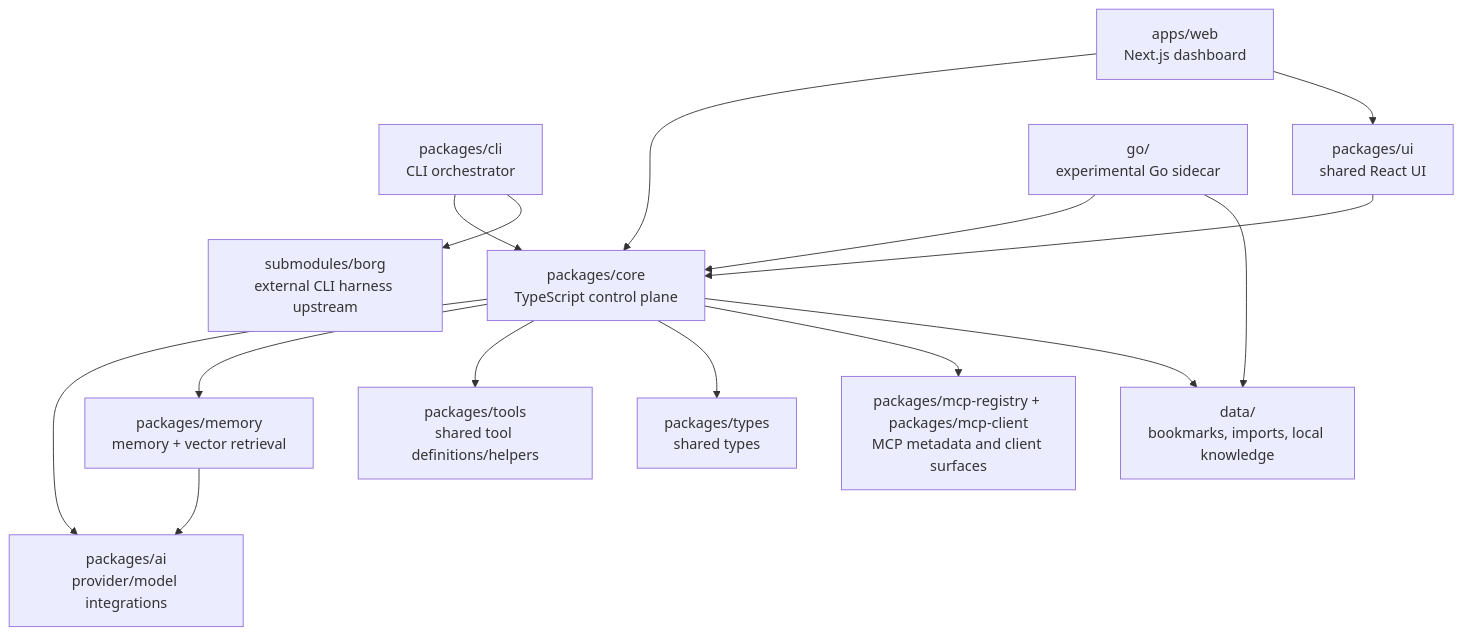
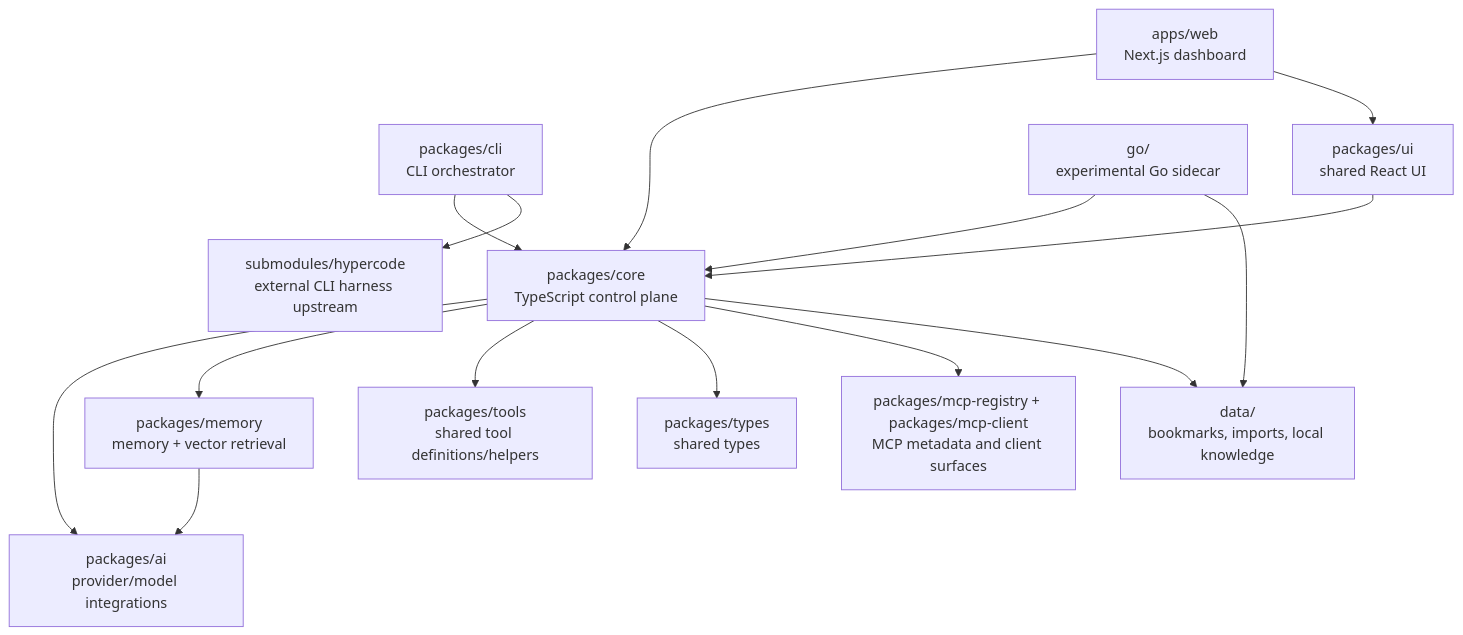
Before and after one commit to XENOCIDE-MDMAtk/TormentNexus: the first of 7 diagrams in docs/PROJECT_STRUCTURE.md, drawn with Mermaid. The commit also changed other lines of this file and 1347 other files, not shown here.

````diff
--- a/docs/PROJECT_STRUCTURE.md
+++ b/docs/PROJECT_STRUCTURE.md
@@ -68,31 +68,31 @@
 ```mermaid
 flowchart TD
     CLI["packages/cli\nCLI orchestrator"]
     WEB["apps/web\nNext.js dashboard"]
     UI["packages/ui\nshared React UI"]
     CORE["packages/core\nTypeScript control plane"]
     AI["packages/ai\nprovider/model integrations"]
     MEMORY["packages/memory\nmemory + vector retrieval"]
     TOOLS["packages/tools\nshared tool definitions/helpers"]
     TYPES["packages/types\nshared types"]
     MCP["packages/mcp-registry + packages/mcp-client\nMCP metadata and client surfaces"]
     GO["go/\nexperimental Go sidecar"]
-    SUB["submodules/borg\nexternal CLI harness upstream"]
-    SUB["submodules/borg\nexternal CLI harness upstream"]
+    SUB["submodules/hypercode\nexternal CLI harness upstream"]
+    SUB["submodules/hypercode\nexternal CLI harness upstream"]
     DATA["data/\nbookmarks, imports, local knowledge"]
 
     CLI --> CORE
     WEB --> CORE
     WEB --> UI
     UI --> CORE
     CORE --> AI
     CORE --> MEMORY
     CORE --> TOOLS
     CORE --> TYPES
     CORE --> MCP
     MEMORY --> AI
     GO --> CORE
     CLI --> SUB
     CORE --> DATA
     GO --> DATA
 ```
````
